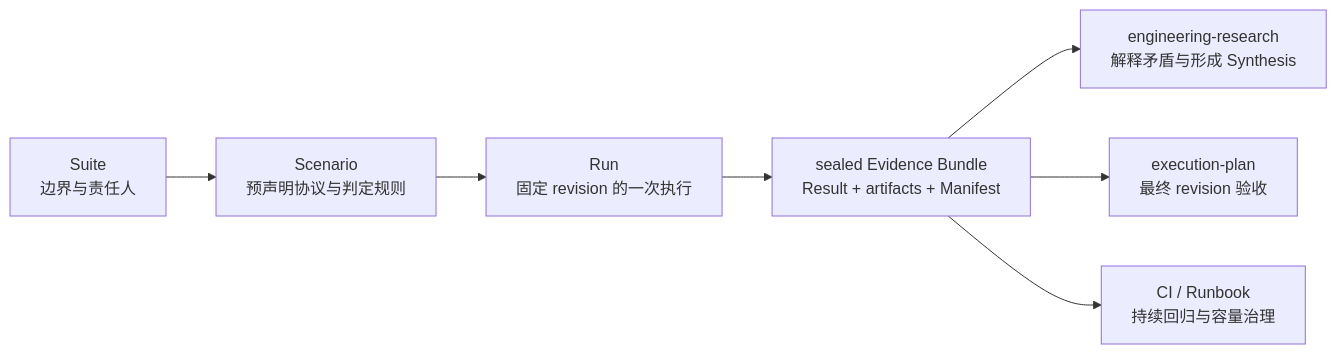
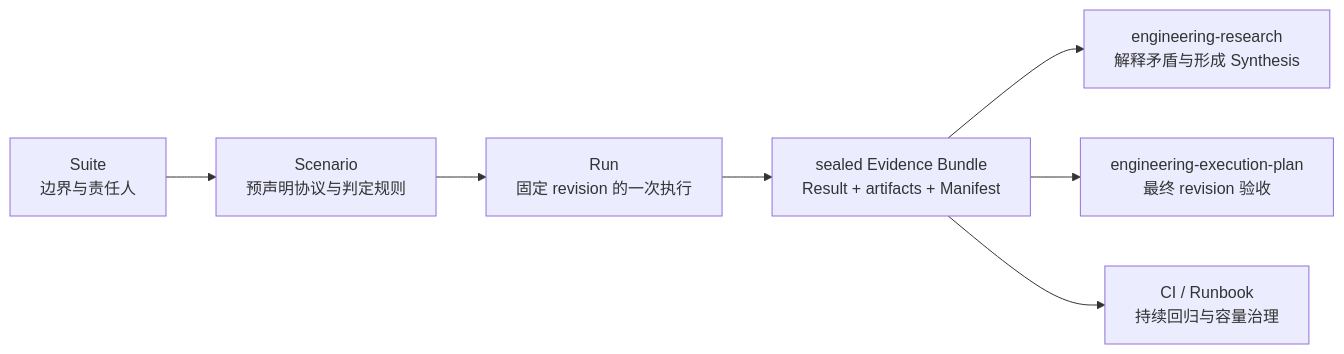
The diagram in engineering-benchmark/SKILL.md (XiaoWeiKIN/RepoFoundryAI), drawn with Mermaid before and after one commit. The commit also changed 59 other files, not shown here.

````diff
--- a/engineering-benchmark/SKILL.md
+++ b/engineering-benchmark/SKILL.md
@@ -12,9 +12,9 @@
 ```mermaid
 flowchart LR
     S["Suite<br/>边界与责任人"] --> C["Scenario<br/>预声明协议与判定规则"]
     C --> R["Run<br/>固定 revision 的一次执行"]
     R --> E["sealed Evidence Bundle<br/>Result + artifacts + Manifest"]
     E --> Q["engineering-research<br/>解释矛盾与形成 Synthesis"]
-    E --> P["execution-plan<br/>最终 revision 验收"]
+    E --> P["engineering-execution-plan<br/>最终 revision 验收"]
     E --> O["CI / Runbook<br/>持续回归与容量治理"]
 ```
````
